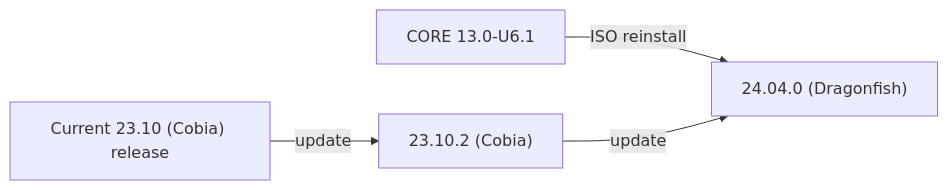
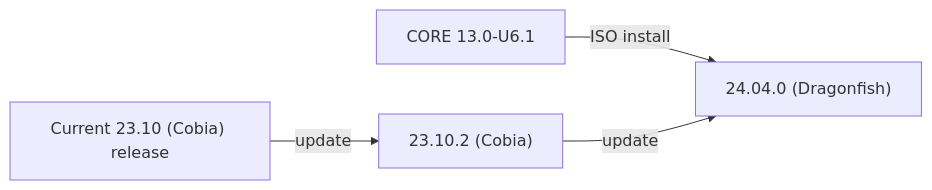
The second of 2 diagrams in content/SCALE/GettingStarted/SCALEReleaseNotes.md (truenas/documentation), drawn with Mermaid before and after one commit. The commit also changed other lines of this file and 5 other files, not shown here.

```diff
--- a/content/SCALE/GettingStarted/SCALEReleaseNotes.md
+++ b/content/SCALE/GettingStarted/SCALEReleaseNotes.md
@@ -84,5 +84,5 @@
 {{< mermaid class="mermaid_sizing" >}}
 flowchart LR
-A["CORE 13.0-U6.1"] -->|ISO reinstall| D
+A["CORE 13.0-U6.1"] -->|ISO install| D
 B["Current 23.10 (Cobia) release"] -->|update| C["23.10.2 (Cobia)"] -->|update| D["24.04.0 (Dragonfish)"]
 {{< /mermaid >}}
```
